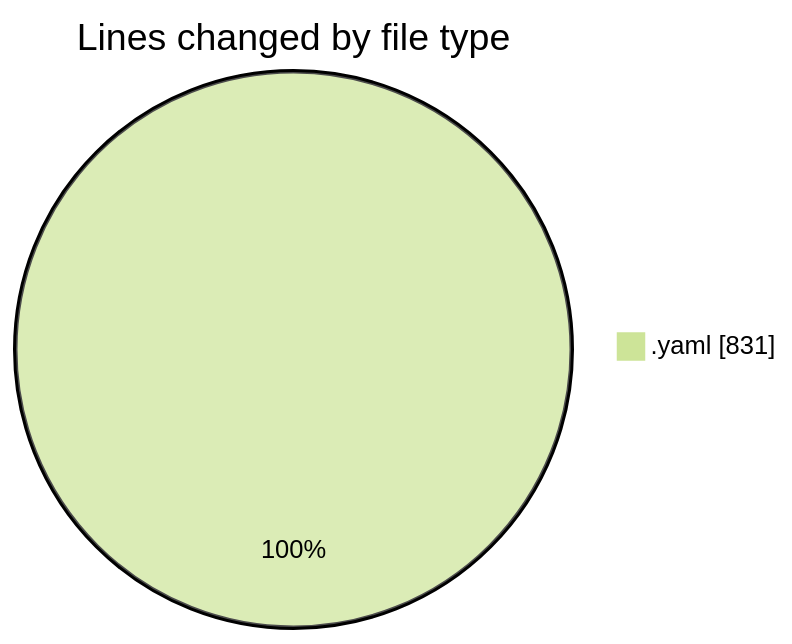
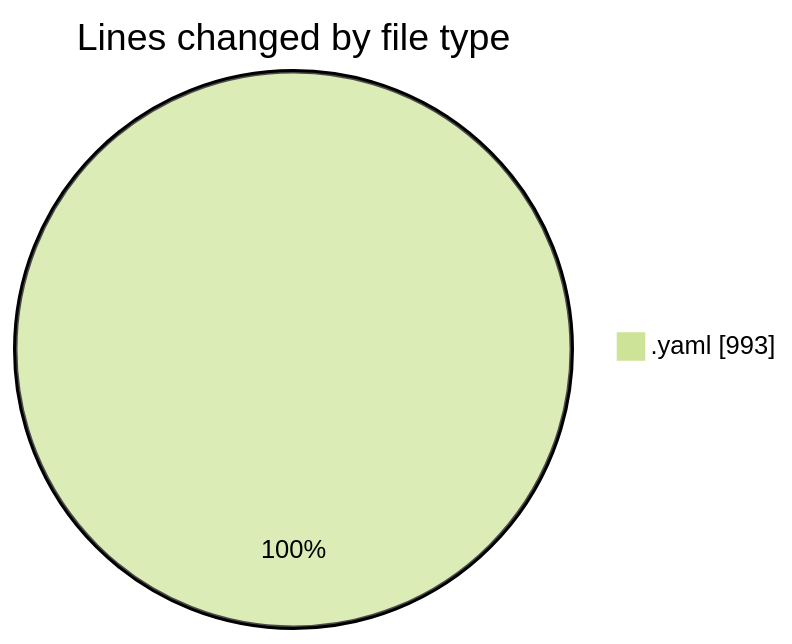
The first of 2 diagrams in 2025-08-16/fresh_start/README.md (EIIisD/code-tracking), drawn with Mermaid (forest theme) before and after one commit. The commit also changed other lines of this file and 1 other file, not shown here.

````diff
--- a/2025-08-16/fresh_start/README.md
+++ b/2025-08-16/fresh_start/README.md
@@ -20,5 +20,5 @@
 ```mermaid
 pie showData
 title Lines changed by file type
-".yaml" : 831
+".yaml" : 993
 ```
````
